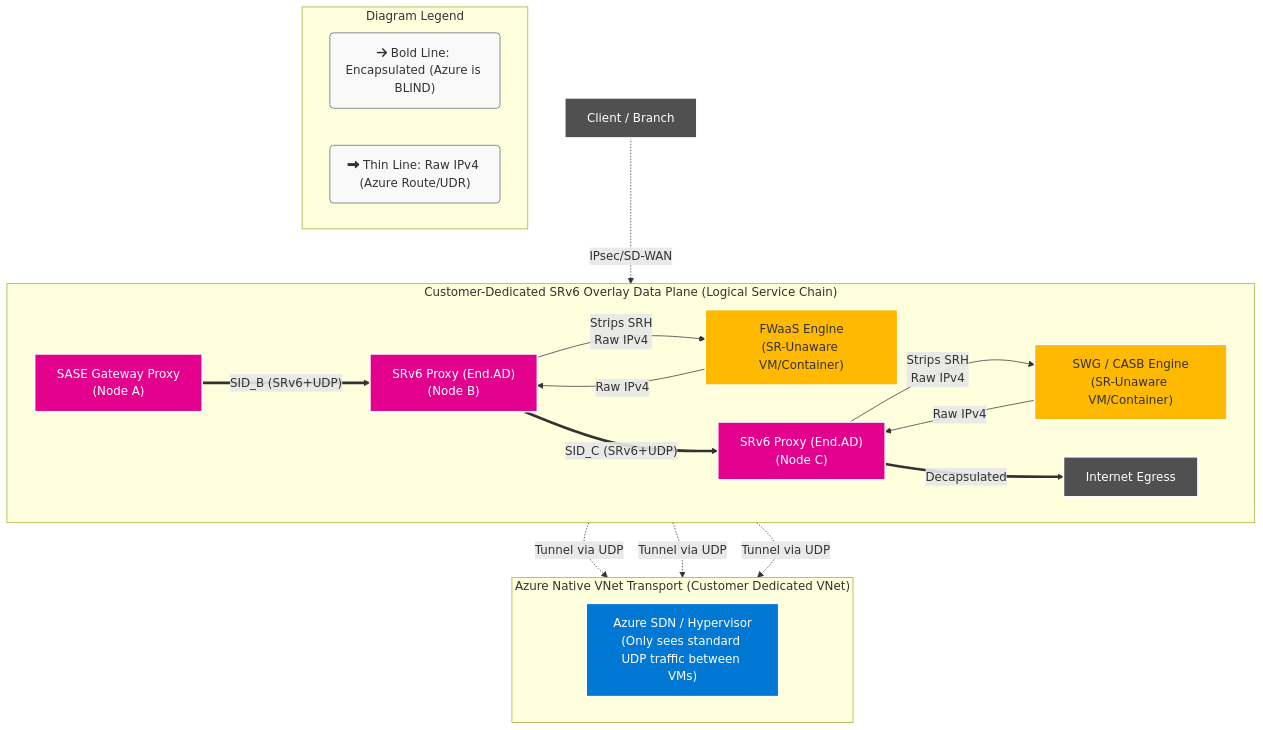
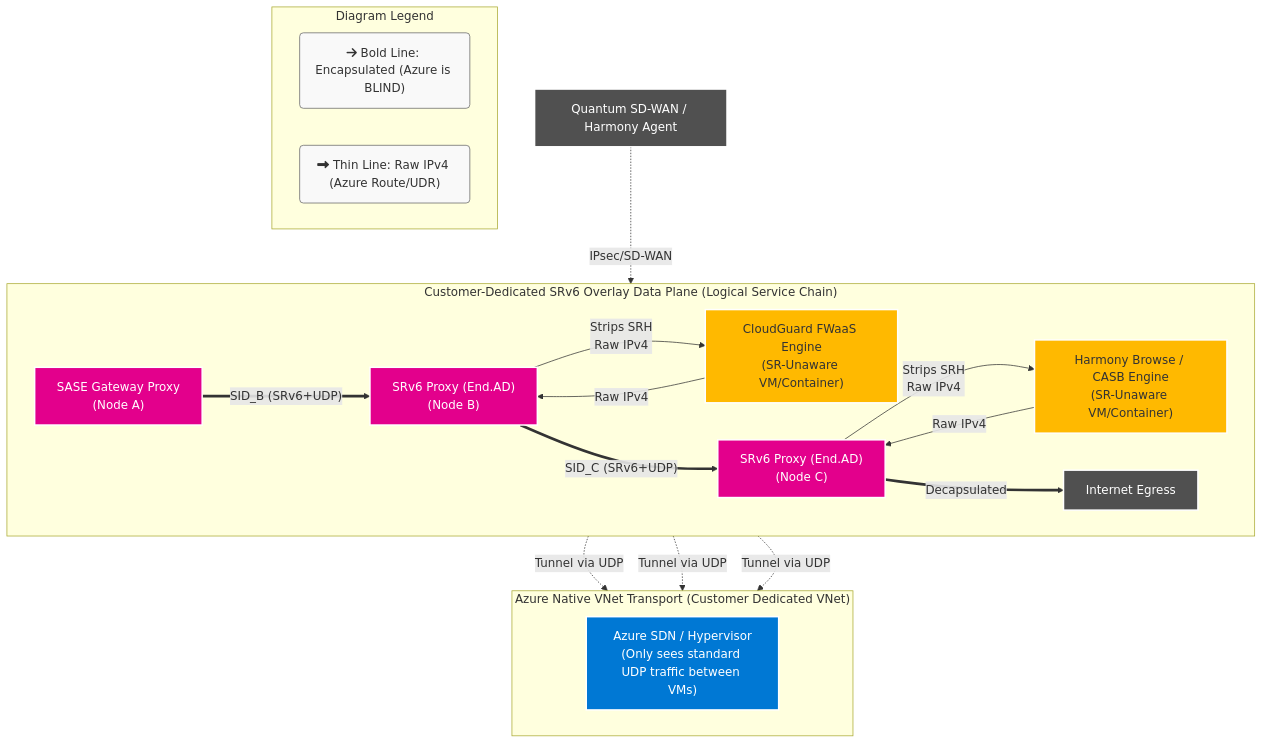
The tenth of 11 diagrams in README.md (roie9876/SASE), drawn with Mermaid before and after one commit. The commit also changed other lines of this file, not shown here.

Commit message:
Update SASE architecture models to refer directly to Check Point Harmony and CloudGuard product suite

````diff
--- a/README.md
+++ b/README.md
@@ -761,48 +761,48 @@
 ```mermaid
 flowchart TD
     %% Styling
     classDef cloud fill:#0078D4,stroke:#fff,stroke-width:2px,color:#fff
     classDef proxy fill:#E3008C,stroke:#fff,stroke-width:2px,color:#fff
     classDef secApp fill:#FFB900,stroke:#fff,stroke-width:2px,color:#333
     classDef endUser fill:#505050,stroke:#fff,stroke-width:2px,color:#fff
 
-    Client["Client / Branch"]:::endUser
+    Client["Quantum SD-WAN / Harmony Agent"]:::endUser
 
     classDef legendBox fill:#f9f9f9,stroke:#666,stroke-width:1px,color:#333
 
-    subgraph Legend [" Diagram Legend "]
+    subgraph Legend ["  Diagram Legend  "]
         L1("fa:fa-arrow-right Bold Line: Encapsulated (Azure is BLIND)"):::legendBox
         L2("fa:fa-long-arrow-alt-right Thin Line: Raw IPv4 (Azure Route/UDR)"):::legendBox
     end
 
-    subgraph Logical_Overlay [" Customer-Dedicated SRv6 Overlay Data Plane (Logical Service Chain) "]
+    subgraph Logical_Overlay ["  Customer-Dedicated SRv6 Overlay Data Plane (Logical Service Chain)  "]
         direction LR
         Ingress["SASE Gateway Proxy<br/>(Node A)"]:::proxy
         ProxyB["SRv6 Proxy (End.AD)<br/>(Node B)"]:::proxy
         ProxyC["SRv6 Proxy (End.AD)<br/>(Node C)"]:::proxy
         Egress["Internet Egress"]:::endUser
         
-        IPS["FWaaS Engine<br/>(SR-Unaware VM/Container)"]:::secApp
-        DLP["SWG / CASB Engine<br/>(SR-Unaware VM/Container)"]:::secApp
+        IPS["CloudGuard FWaaS Engine<br/>(SR-Unaware VM/Container)"]:::secApp
+        DLP["Harmony Browse / CASB Engine<br/>(SR-Unaware VM/Container)"]:::secApp
         
         Ingress == "SID_B (SRv6+UDP)" ==> ProxyB
         ProxyB -- "Strips SRH<br/>Raw IPv4" --> IPS
         IPS -- "Raw IPv4" --> ProxyB
         ProxyB == "SID_C (SRv6+UDP)" ==> ProxyC
         ProxyC -- "Strips SRH<br/>Raw IPv4" --> DLP
         DLP -- "Raw IPv4" --> ProxyC
         ProxyC == "Decapsulated" ==> Egress
     end
     
-    subgraph Azure_Underlay [" Azure Native VNet Transport (Customer Dedicated VNet) "]
+    subgraph Azure_Underlay ["  Azure Native VNet Transport (Customer Dedicated VNet)  "]
         direction LR
         VNet["Azure SDN / Hypervisor<br/>(Only sees standard UDP traffic between VMs)"]:::cloud
     end
     
     Client -. "IPsec/SD-WAN" .-> Ingress
     
     %% Relationships bridging underlay/overlay
     Ingress -. "Tunnel via UDP" .-> VNet
     ProxyB -. "Tunnel via UDP" .-> VNet
     ProxyC -. "Tunnel via UDP" .-> VNet
 ```
````
